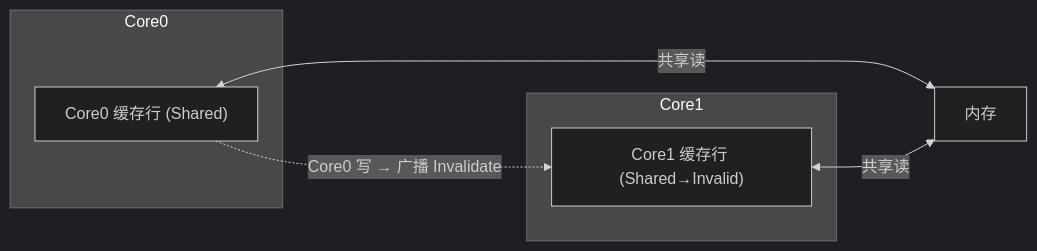
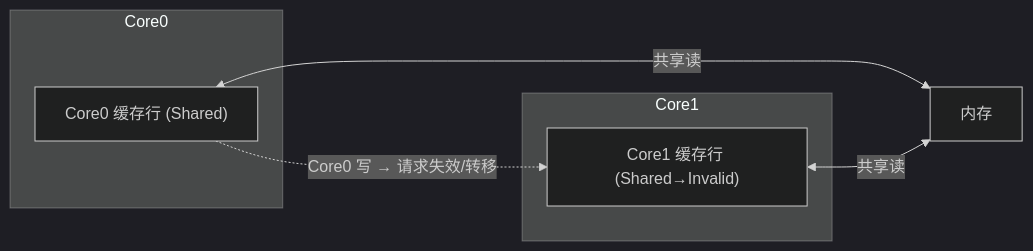
Before and after one commit to MoreConsequence/MoreConsequence.github.io: the diagram in content/posts/mesi-cache-coherence-false-sharing.md, drawn with Mermaid (dark theme). The commit also changed other lines of this file and 263 other files, not shown here.

````diff
--- a/content/posts/mesi-cache-coherence-false-sharing.md
+++ b/content/posts/mesi-cache-coherence-false-sharing.md
@@ -18,13 +18,13 @@
 ```mermaid
 flowchart LR
     subgraph Core0
         L0["Core0 缓存行 (Shared)"]
     end
     subgraph Core1
         L1["Core1 缓存行 (Shared→Invalid)"]
     end
     MEM["内存"]
     L0 <-->|"共享读"| MEM
     L1 <-->|"共享读"| MEM
-    L0 -.->|"Core0 写 → 广播 Invalidate"| L1
+    L0 -.->|"Core0 写 → 请求失效/转移"| L1
 ```
````
